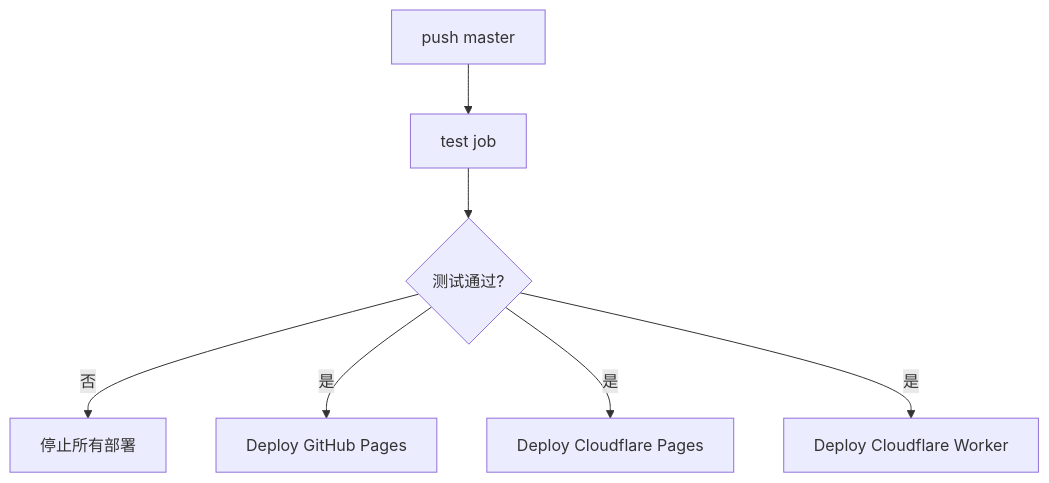
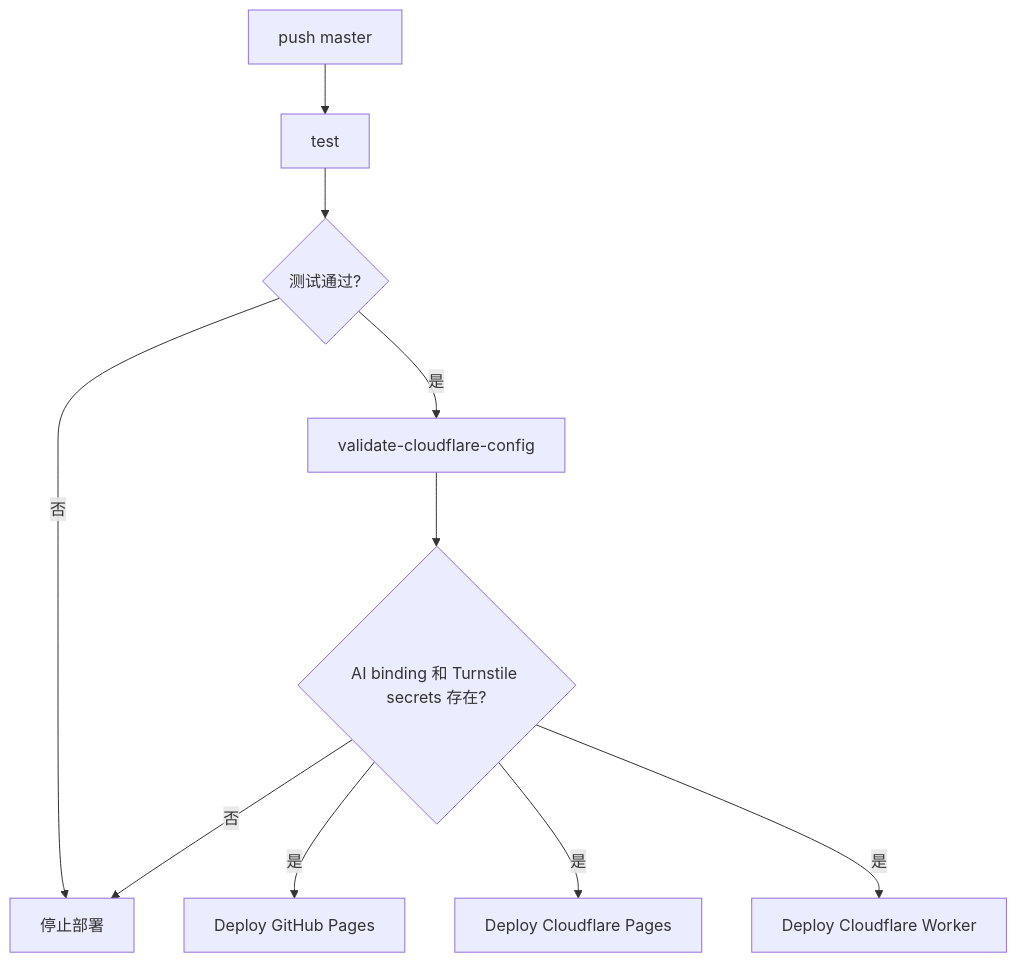
One commit to wishflow/duolingo-avator-creator changed the first of 2 diagrams in docs/deployment-plan.md. Above: the diagram before and after it, drawn with Mermaid. The commit also changed other lines of this file and 10 other files, not shown here.

````diff
--- a/docs/deployment-plan.md
+++ b/docs/deployment-plan.md
@@ -15,9 +15,12 @@
 ```mermaid
 flowchart TD
-  A[push master] --> B[test job]
+  A[push master] --> B[test]
   B --> C{测试通过?}
-  C -- 否 --> X[停止所有部署]
-  C -- 是 --> D1[Deploy GitHub Pages]
-  C -- 是 --> D2[Deploy Cloudflare Pages]
-  C -- 是 --> D3[Deploy Cloudflare Worker]
+  C -- 否 --> X[停止部署]
+  C -- 是 --> D[validate-cloudflare-config]
+  D --> E{AI binding 和 Turnstile secrets 存在?}
+  E -- 否 --> X
+  E -- 是 --> G[Deploy GitHub Pages]
+  E -- 是 --> P[Deploy Cloudflare Pages]
+  E -- 是 --> W[Deploy Cloudflare Worker]
 ```
````
